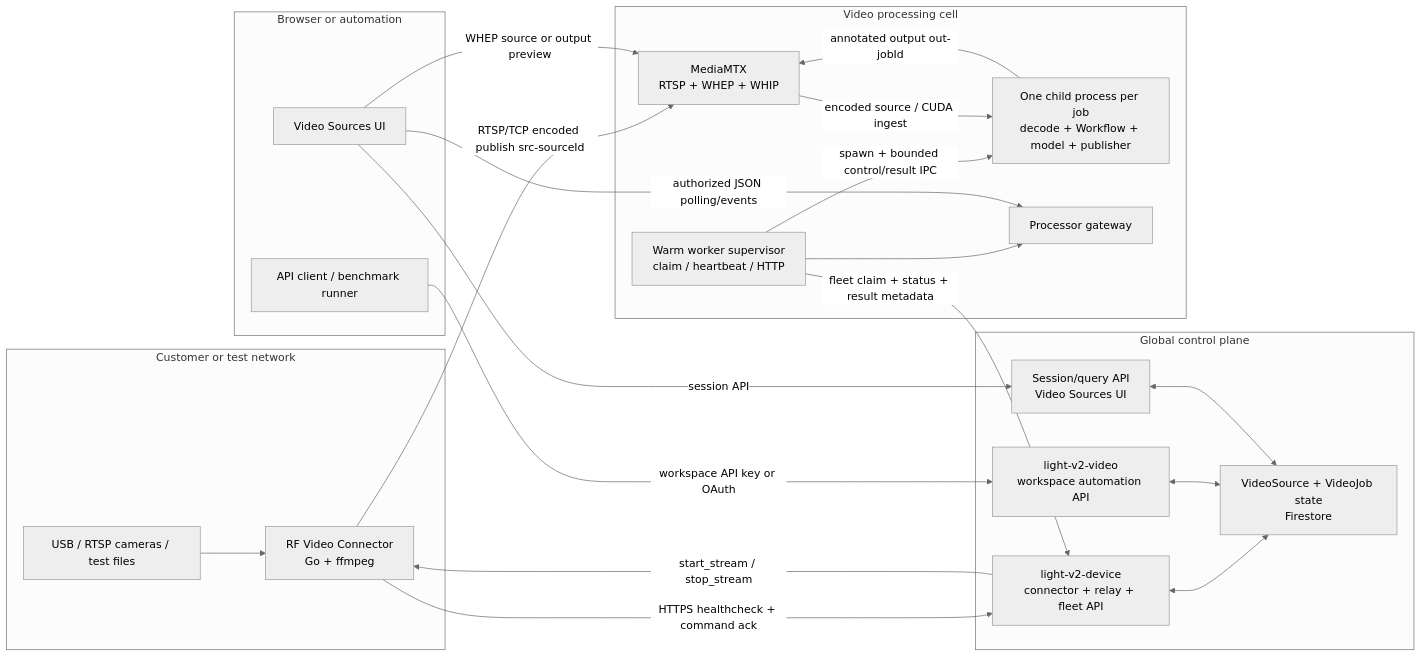
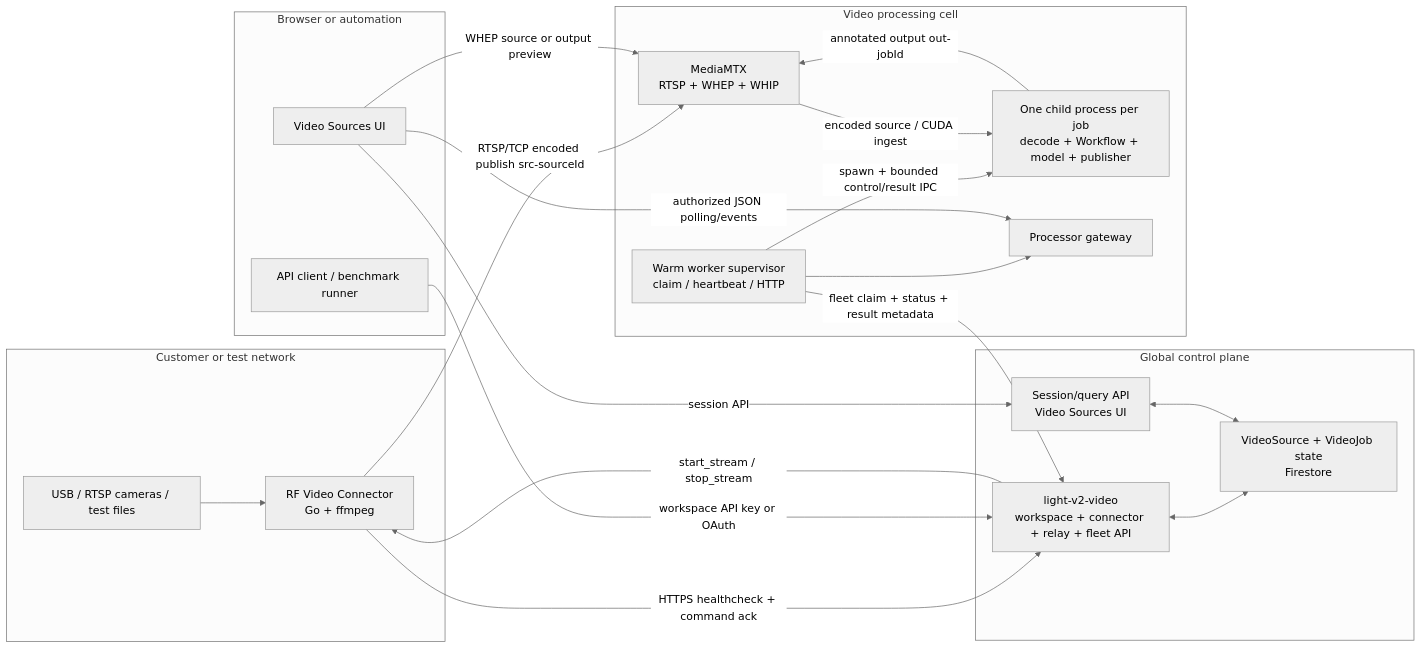
Before and after one commit to roboflow/inference: the first of 2 diagrams in development/video_poc/processor/ARCHITECTURE.md, drawn with Mermaid (neutral theme). The commit also changed 1 other file, not shown here.

Commit message:
Document dedicated video control ownership

````diff
--- a/development/video_poc/processor/ARCHITECTURE.md
+++ b/development/video_poc/processor/ARCHITECTURE.md
@@ -64,43 +64,41 @@
 ```mermaid
 flowchart LR
     subgraph customer["Customer or test network"]
         cameras["USB / RTSP cameras / test files"]
         connector["RF Video Connector<br/>Go + ffmpeg"]
         cameras --> connector
     end
 
     subgraph control["Global control plane"]
-        device["light-v2-device<br/>connector + relay + fleet API"]
-        videoapi["light-v2-video<br/>workspace automation API"]
+        videoapi["light-v2-video<br/>workspace + connector + relay + fleet API"]
         session["Session/query API<br/>Video Sources UI"]
         store["VideoSource + VideoJob state<br/>Firestore"]
-        device <--> store
         videoapi <--> store
         session <--> store
     end
 
     subgraph cell["Video processing cell"]
         relay["MediaMTX<br/>RTSP + WHEP + WHIP"]
         supervisor["Warm worker supervisor<br/>claim / heartbeat / HTTP"]
         child["One child process per job<br/>decode + Workflow + model + publisher"]
         gateway["Processor gateway"]
         supervisor -->|"spawn + bounded control/result IPC"| child
         relay -->|"encoded source / CUDA ingest"| child
         child -->|"annotated output out-jobId"| relay
         supervisor --> gateway
     end
 
     subgraph clients["Browser or automation"]
         ui["Video Sources UI"]
         runner["API client / benchmark runner"]
     end
 
-    connector -->|"HTTPS healthcheck + command ack"| device
-    device -->|"start_stream / stop_stream"| connector
+    connector -->|"HTTPS healthcheck + command ack"| videoapi
+    videoapi -->|"start_stream / stop_stream"| connector
     connector -->|"RTSP/TCP encoded publish src-sourceId"| relay
-    supervisor -->|"fleet claim + status + result metadata"| device
+    supervisor -->|"fleet claim + status + result metadata"| videoapi
     ui -->|"session API"| session
     runner -->|"workspace API key or OAuth"| videoapi
     ui -->|"WHEP source or output preview"| relay
     ui -->|"authorized JSON polling/events"| gateway
 ```
````
